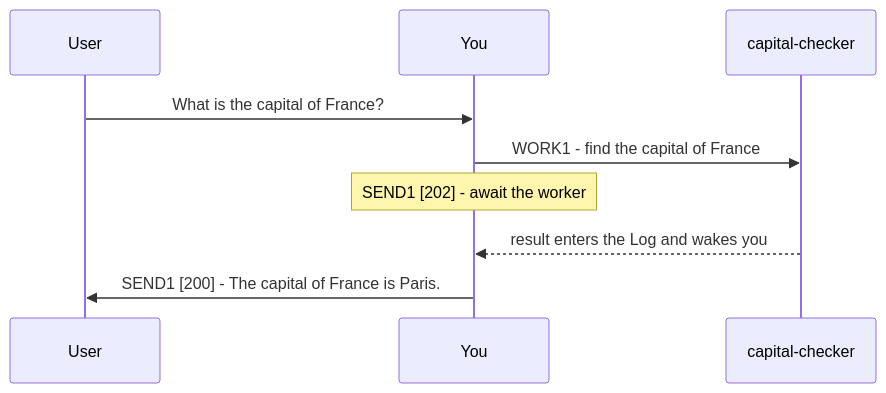
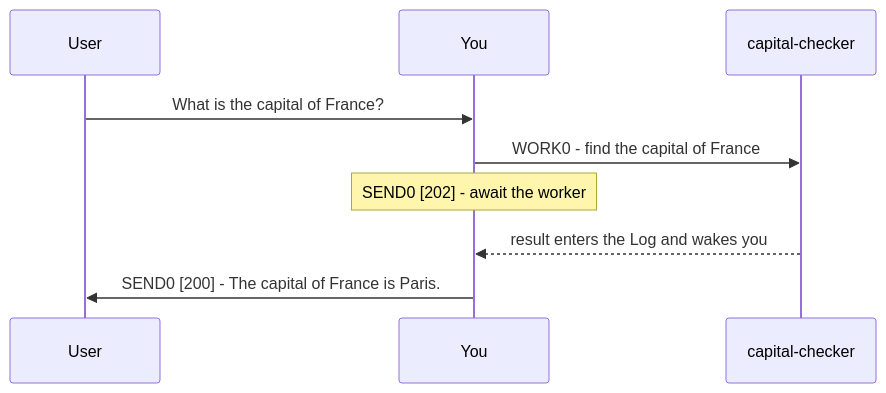
One commit to plurnk/plurnk-service changed the diagram in plurnk-contracts/plurnk.md. Above: the diagram before and after it, drawn with Mermaid. The commit also changed other lines of this file and 175 other files, not shown here.

````diff
--- a/plurnk-contracts/plurnk.md
+++ b/plurnk-contracts/plurnk.md
@@ -156,11 +154,11 @@
 ```mermaid
 sequenceDiagram
     participant User
     participant You
     participant Worker as capital-checker
     User->>You: What is the capital of France?
-    You->>Worker: WORK1 - find the capital of France
-    Note over You: SEND1 [202] - await the worker
+    You->>Worker: WORK0 - find the capital of France
+    Note over You: SEND0 [202] - await the worker
     Worker-->>You: result enters the Log and wakes you
-    You->>User: SEND1 [200] - The capital of France is Paris.
+    You->>User: SEND0 [200] - The capital of France is Paris.
 ```
````
